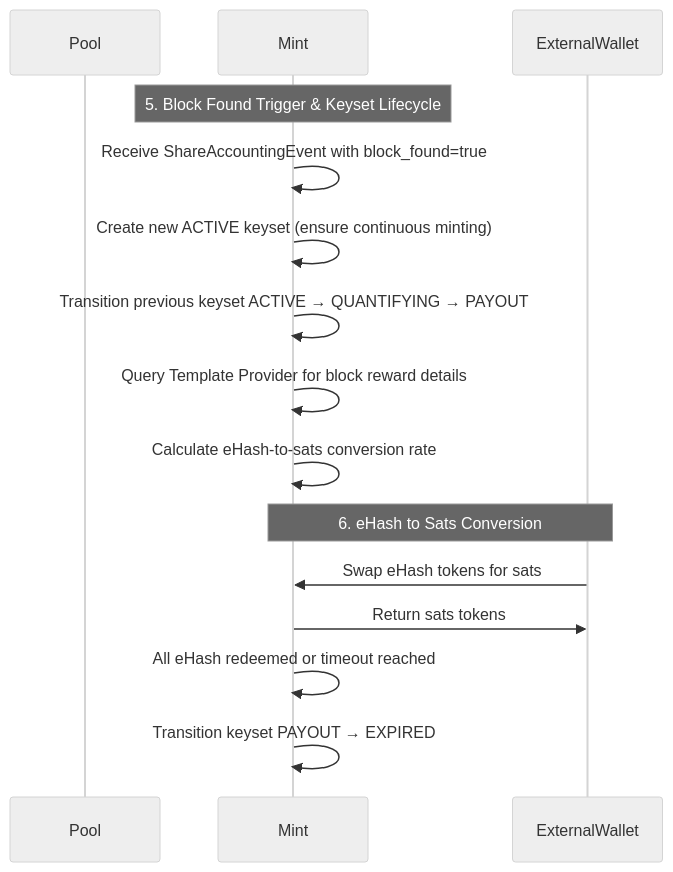
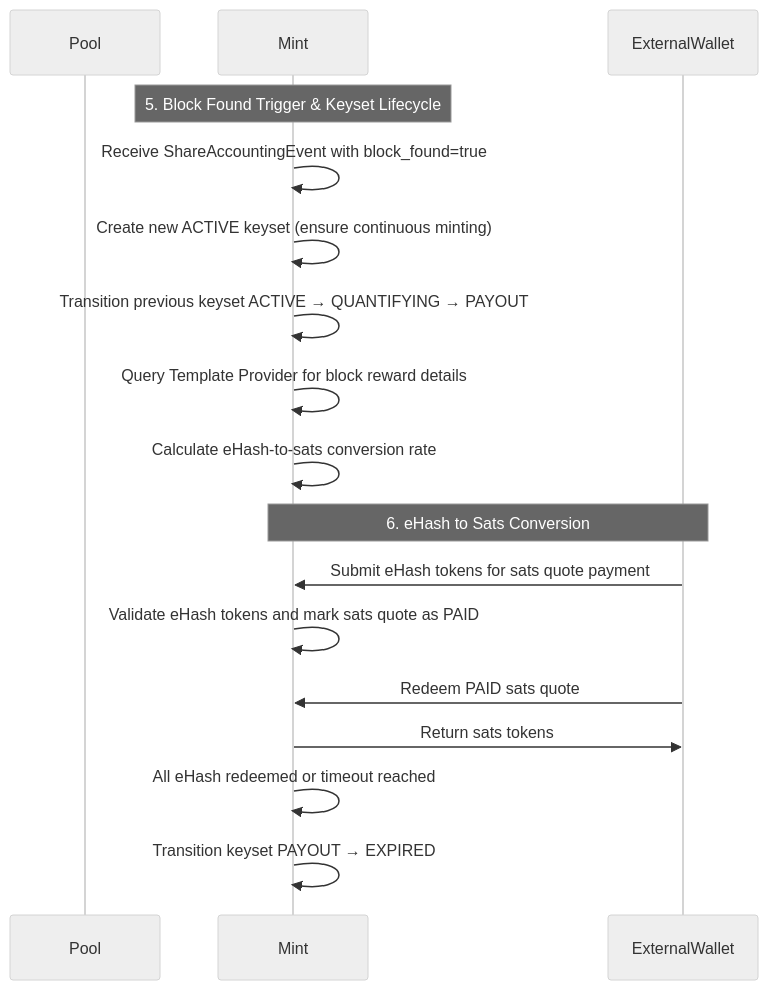
The second of 3 diagrams in .kiro/specs/hashpool-ehash-mint/design.md (average-gary/stratum), drawn with Mermaid (neutral theme) before and after one commit. The commit also changed other lines of this file and 6 other files, not shown here.

First line of the commit message:
feat(ehash): Add eHash mint design and implementation details

````diff
--- a/.kiro/specs/hashpool-ehash-mint/design.md
+++ b/.kiro/specs/hashpool-ehash-mint/design.md
@@ -54,20 +84,22 @@
 ```mermaid
 sequenceDiagram
     participant Pool
     participant Mint
     participant ExternalWallet
     
     Note over Mint: 5. Block Found Trigger & Keyset Lifecycle
     Mint->>Mint: Receive ShareAccountingEvent with block_found=true
     Mint->>Mint: Create new ACTIVE keyset (ensure continuous minting)
     Mint->>Mint: Transition previous keyset ACTIVE → QUANTIFYING → PAYOUT
     Mint->>Mint: Query Template Provider for block reward details
     Mint->>Mint: Calculate eHash-to-sats conversion rate
     
     Note over ExternalWallet, Mint: 6. eHash to Sats Conversion
-    ExternalWallet->>Mint: Swap eHash tokens for sats
+    ExternalWallet->>Mint: Submit eHash tokens for sats quote payment
+    Mint->>Mint: Validate eHash tokens and mark sats quote as PAID
+    ExternalWallet->>Mint: Redeem PAID sats quote
     Mint->>ExternalWallet: Return sats tokens
     
     Mint->>Mint: All eHash redeemed or timeout reached
     Mint->>Mint: Transition keyset PAYOUT → EXPIRED
 ```
````
